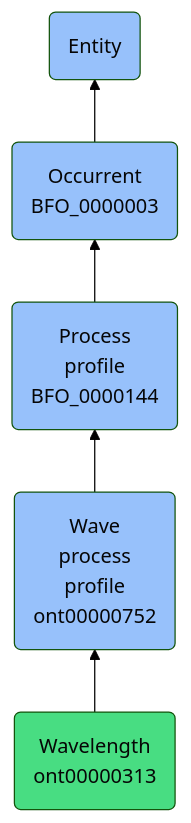
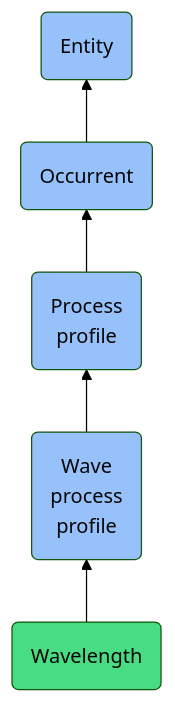
One commit to jupyter-naas/abi changed the diagram in docs/ontology/reference/model/Entity/Occurrent/Process profile/Wave process profile/Wavelength/Wavelength.md. Above: the diagram before and after it, drawn with Mermaid (forest theme). The commit also changed other lines of this file and 1430 other files, not shown here.

````diff
--- a/docs/ontology/reference/model/Entity/Occurrent/Process profile/Wave process profile/Wavelength/Wavelength.md
+++ b/docs/ontology/reference/model/Entity/Occurrent/Process profile/Wave process profile/Wavelength/Wavelength.md
@@ -24,12 +24,12 @@
 ```mermaid
 graph BT
-    ont00000313(Wavelength<br>ont00000313):::ABI-->ont00000752
-    ont00000752(Wave<br>process<br>profile<br>ont00000752):::BFO-->BFO_0000144
-    BFO_0000144(Process<br>profile<br>BFO_0000144):::BFO-->BFO_0000003
-    BFO_0000003(Occurrent<br>BFO_0000003):::BFO-->BFO_0000001
+    ont00000313(Wavelength):::ABI-->ont00000752
+    ont00000752(Wave<br>process<br>profile):::BFO-->BFO_0000144
+    BFO_0000144(Process<br>profile):::BFO-->BFO_0000003
+    BFO_0000003(Occurrent):::BFO-->BFO_0000001
     BFO_0000001(Entity):::BFO
     
     classDef BFO fill:#97c1fb,color:#060606
     classDef CCO fill:#e4c51e,color:#060606
     classDef ABI fill:#48DD82,color:#060606
 ```
````
